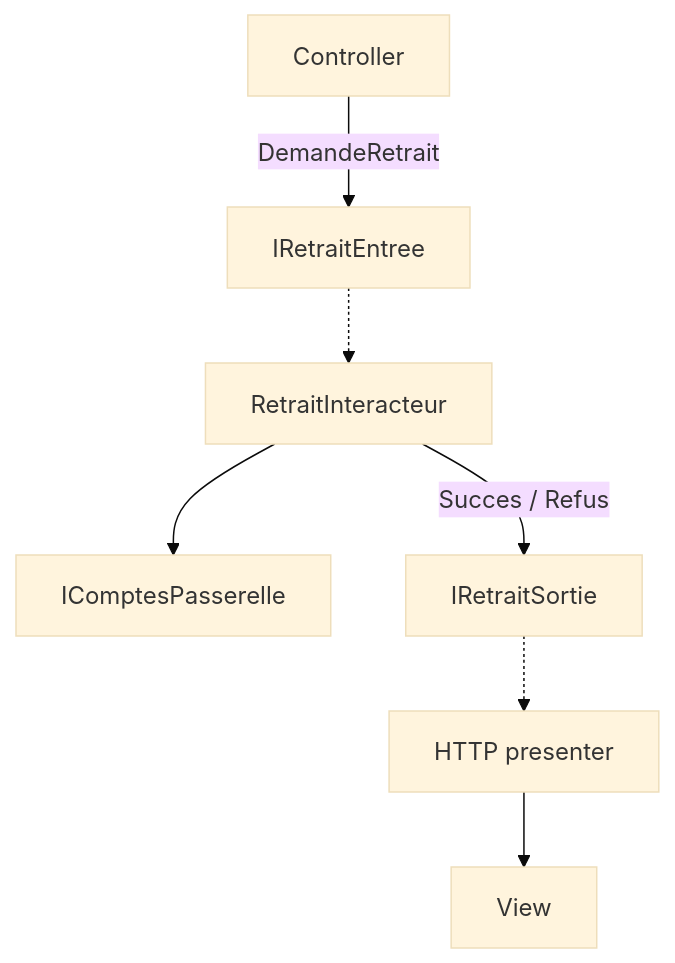
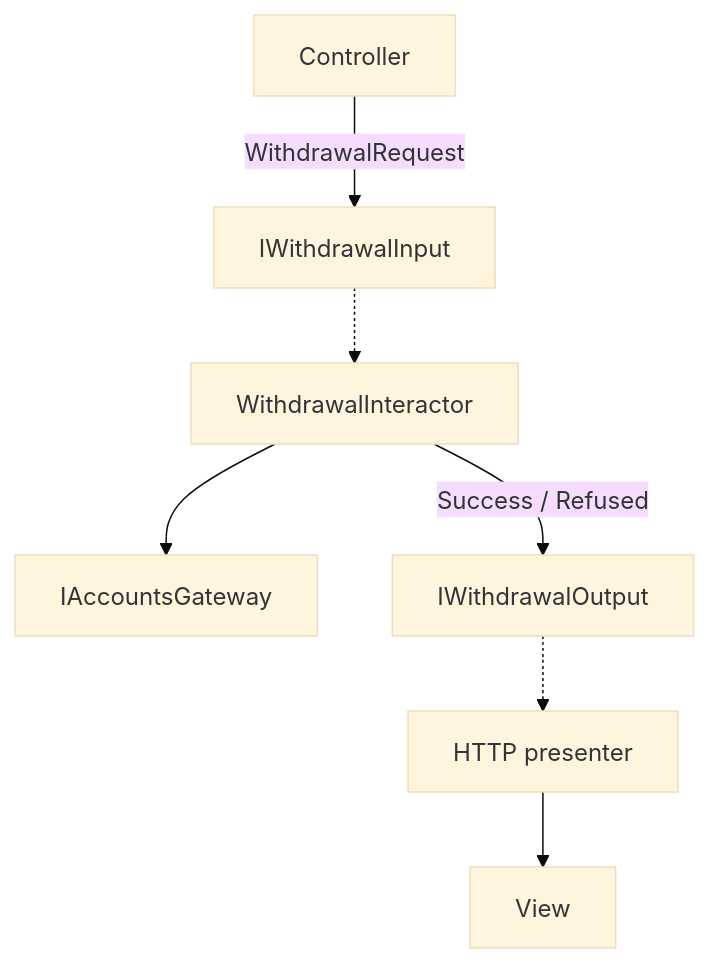
Before and after one commit to drangoht/ArchitecturesDemo: the diagram in Docs/en/fiches/03-clean.md, drawn with Mermaid (base theme). The commit also changed 78 other files, not shown here.

First line of the commit message:
Docs EN : identifiants, liens, diagrammes et sorties alignés sur le code anglais

````diff
--- a/Docs/en/fiches/03-clean.md
+++ b/Docs/en/fiches/03-clean.md
@@ -10,8 +10,8 @@
 ```mermaid
 flowchart TB
-    C["Controller"] -->|DemandeRetrait| IE["IRetraitEntree"]
-    IE -.-> I["RetraitInteracteur"]
-    I --> G["IComptesPasserelle"]
-    I -->|"Succes / Refus"| OS["IRetraitSortie"]
+    C["Controller"] -->|WithdrawalRequest| IE["IWithdrawalInput"]
+    IE -.-> I["WithdrawalInteractor"]
+    I --> G["IAccountsGateway"]
+    I -->|"Success / Refused"| OS["IWithdrawalOutput"]
     OS -.-> P["HTTP presenter"] --> V["View"]
 ```
````
